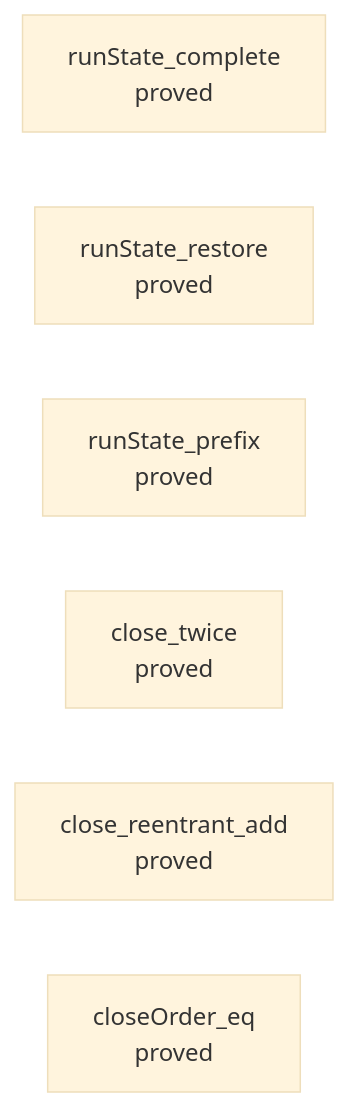
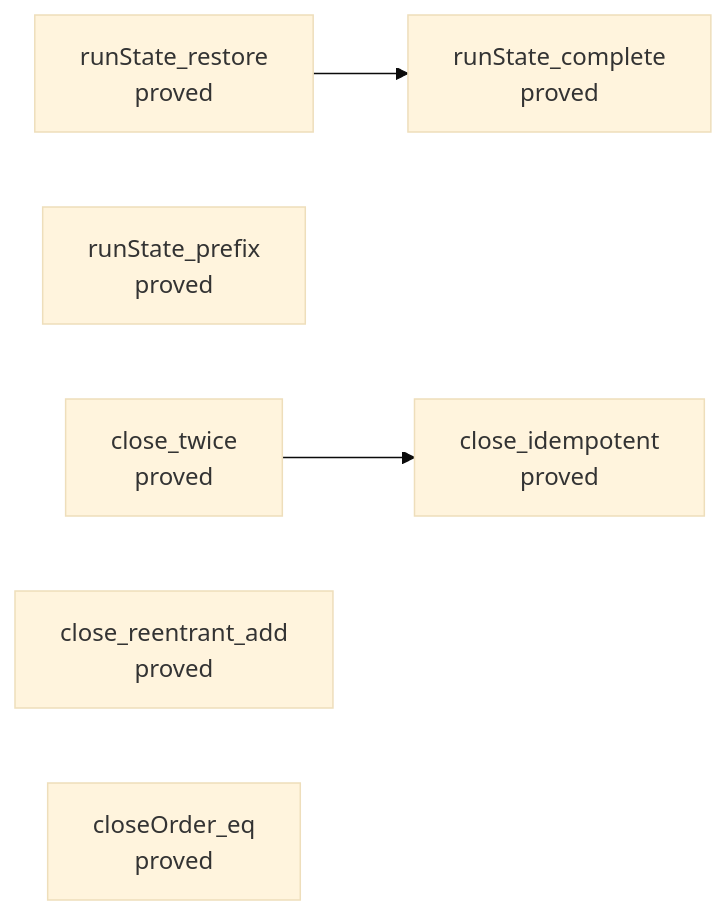
Diagram 11 of 13 in generated/semantics.md (pure-algebra/lean4-effect4), drawn with Mermaid (base theme) before and after one commit. The commit also changed other lines of this file and 29 other files, not shown here.

````diff
--- a/generated/semantics.md
+++ b/generated/semantics.md
@@ -1715,9 +2227,12 @@
 ```mermaid
 flowchart LR
   n0["runState_complete<br/>proved"]
   n1["runState_restore<br/>proved"]
   n2["runState_prefix<br/>proved"]
   n3["close_twice<br/>proved"]
   n4["close_reentrant_add<br/>proved"]
   n5["closeOrder_eq<br/>proved"]
+  n6["close_idempotent<br/>proved"]
+  n1 --> n0
+  n3 --> n6
 ```
````
